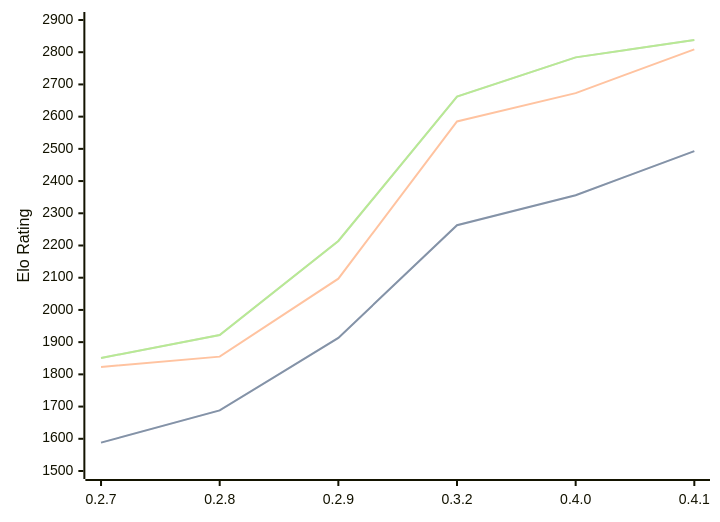
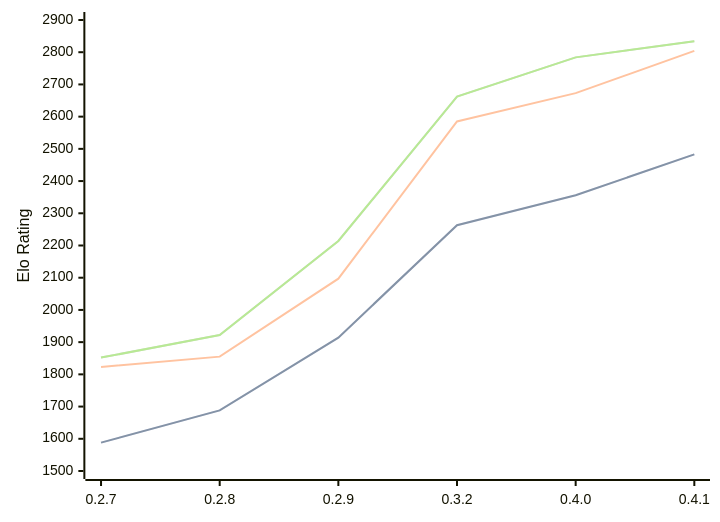
One commit to computer-chess-index/cci changed the diagram in engines/Dual.md. Above: the diagram before and after it, drawn with Mermaid. The commit also changed other lines of this file, not shown here.

Commit message:
Update CCI Ratings (ELO VLTC) - 2026-07-30

````diff
--- a/engines/Dual.md
+++ b/engines/Dual.md
@@ -46,11 +46,11 @@
 ```mermaid
 %%{init: {"theme":"base","themeVariables":{"seriesColors:['#a3a3a3','#222221','#faa371']}}}%%
 xychart-beta
   x-axis ["0.2.7", "0.2.8", "0.2.9", "0.3.2", "0.4.0", "0.4.1"]
   y-axis "Elo Rating" 1500 --> 2900
-  line "STC (8.0+0.08s)" [1588, 1688, 1913, 2263, 2356, 2493]
-  line "STC (8.0+0.08s)" [1588, 1688, 1913, 2263, 2356, 2493]
-  line "LTC (60.0+0.60s)" [1823, 1855, 2097, 2585, 2673, 2809]
-  line "VLTC (2m24s+1.12s)" [1851, 1922, 2214, 2662, 2784, 2838]
-  line "VLTC (2m24s+1.12s)" [1851, 1922, 2214, 2662, 2784, 2838]
+  line "STC (8.0+0.08s)" [1588, 1688, 1914, 2263, 2356, 2483]
+  line "STC (8.0+0.08s)" [1588, 1688, 1914, 2263, 2356, 2483]
+  line "LTC (60.0+0.60s)" [1823, 1855, 2097, 2585, 2673, 2804]
+  line "VLTC (2m24s+1.12s)" [1852, 1922, 2214, 2662, 2784, 2834]
+  line "VLTC (2m24s+1.12s)" [1852, 1922, 2214, 2662, 2784, 2834]
 ```
````
